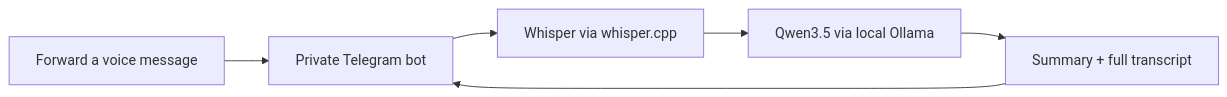
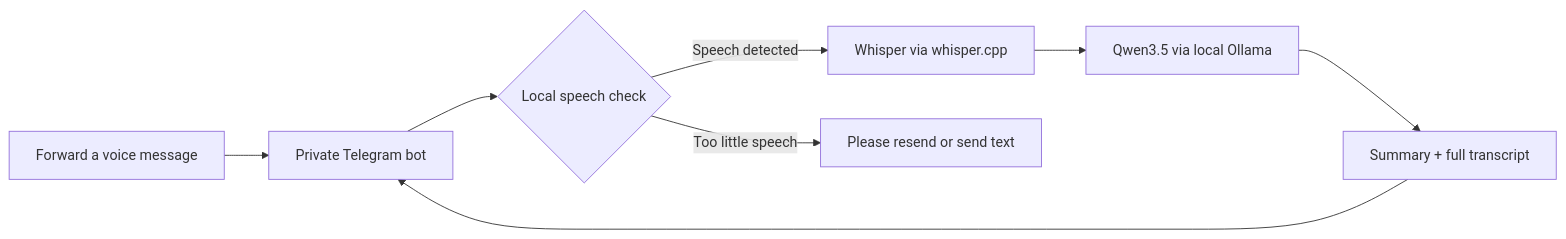
The diagram in README.md (rnt-kmlff/telegram-voice-summary-bot), drawn with Mermaid before and after one commit. The commit also changed other lines of this file and 21 other files, not shown here.

Commit message:
Reject recordings without detectable speech before local inference

````diff
--- a/README.md
+++ b/README.md
@@ -5,8 +5,10 @@
 ```mermaid
 flowchart LR
   A[Forward a voice message] --> B[Private Telegram bot]
-  B --> C[Whisper via whisper.cpp]
+  B --> S{Local speech check}
+  S -->|Speech detected| C[Whisper via whisper.cpp]
+  S -->|Too little speech| R[Please resend or send text]
   C --> D[Qwen3.5 via local Ollama]
   D --> E[Summary + full transcript]
   E --> B
 ```
````
